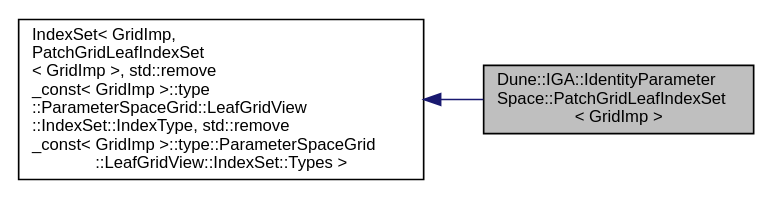
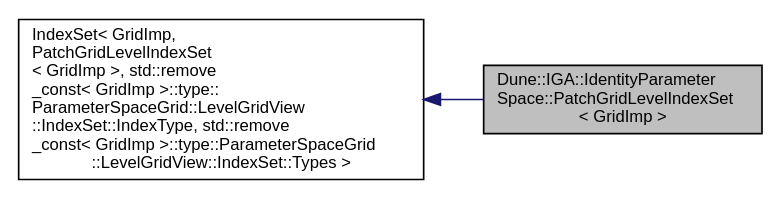
One commit to rath3t/dune-iga-doc changed the diagram in d9/dc5/a01705.dot. Above: the diagram before and after it, drawn with Graphviz. The commit also changed 750 other files, not shown here.

Commit message:
deploy: rath3t/dune-iga@60fe716c4f73637d930204d5d5b790431ee92883

```diff
--- a/d9/dc5/a01705.dot
+++ b/d9/dc5/a01705.dot
@@ -1,10 +1,10 @@
-digraph "Dune::IGA::IdentityParameterSpace::PatchGridLeafIndexSet&lt; GridImp &gt;"
+digraph "Dune::IGA::IdentityParameterSpace::PatchGridLevelIndexSet&lt; GridImp &gt;"
 {
  // LATEX_PDF_SIZE
   edge [fontname="Helvetica",fontsize="10",labelfontname="Helvetica",labelfontsize="10"];
   node [fontname="Helvetica",fontsize="10",shape=record];
   rankdir="LR";
-  Node1 [label="Dune::IGA::IdentityParameter\lSpace::PatchGridLeafIndexSet\l\< GridImp \>",height=0.2,width=0.4,color="black", fillcolor="grey75", style="filled", fontcolor="black",tooltip=" "];
+  Node1 [label="Dune::IGA::IdentityParameter\lSpace::PatchGridLevelIndexSet\l\< GridImp \>",height=0.2,width=0.4,color="black", fillcolor="grey75", style="filled", fontcolor="black",tooltip=" "];
   Node2 -> Node1 [dir="back",color="midnightblue",fontsize="10",style="solid",fontname="Helvetica"];
-  Node2 [label="IndexSet\< GridImp,\l PatchGridLeafIndexSet\l\< GridImp \>, std::remove\l_const\< GridImp \>::type\l::ParameterSpaceGrid::LeafGridView\l::IndexSet::IndexType, std::remove\l_const\< GridImp \>::type::ParameterSpaceGrid\l::LeafGridView::IndexSet::Types \>",height=0.2,width=0.4,color="black", fillcolor="white", style="filled",tooltip=" "];
+  Node2 [label="IndexSet\< GridImp,\l PatchGridLevelIndexSet\l\< GridImp \>, std::remove\l_const\< GridImp \>::type::\lParameterSpaceGrid::LevelGridView\l::IndexSet::IndexType, std::remove\l_const\< GridImp \>::type::ParameterSpaceGrid\l::LevelGridView::IndexSet::Types \>",height=0.2,width=0.4,color="black", fillcolor="white", style="filled",tooltip=" "];
 }
```
